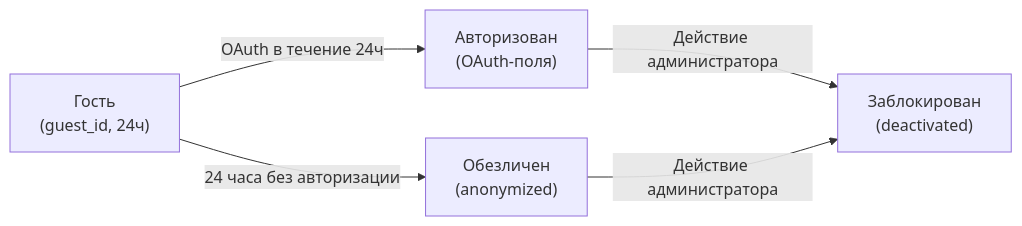
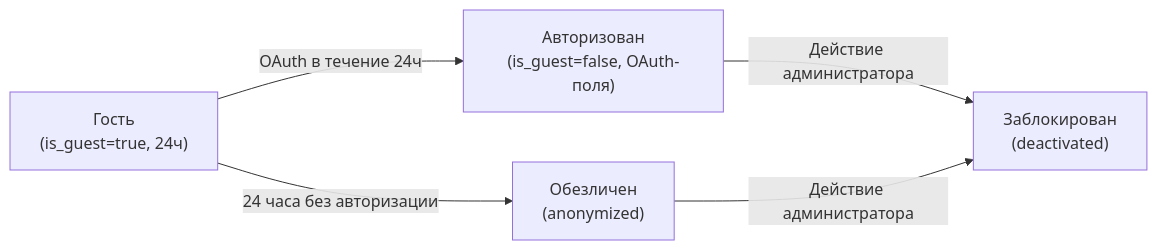
The first of 8 diagrams in docs/concept/explanatory-note.md (atlassys-smm/RZN), drawn with Mermaid before and after one commit. The commit also changed other lines of this file and 23 other files, not shown here.

````diff
--- a/docs/concept/explanatory-note.md
+++ b/docs/concept/explanatory-note.md
@@ -48,7 +48,7 @@
 ```mermaid
 flowchart LR
-    A["Гость<br/>(guest_id, 24ч)"] -->|"OAuth в течение 24ч"| B["Авторизован<br/>(OAuth-поля)"]
+    A["Гость<br/>(is_guest=true, 24ч)"] -->|"OAuth в течение 24ч"| B["Авторизован<br/>(is_guest=false, OAuth-поля)"]
     A -->|"24 часа без авторизации"| C["Обезличен<br/>(anonymized)"]
     B -->|"Действие администратора"| D["Заблокирован<br/>(deactivated)"]
     C -->|"Действие администратора"| D
 ```
````
